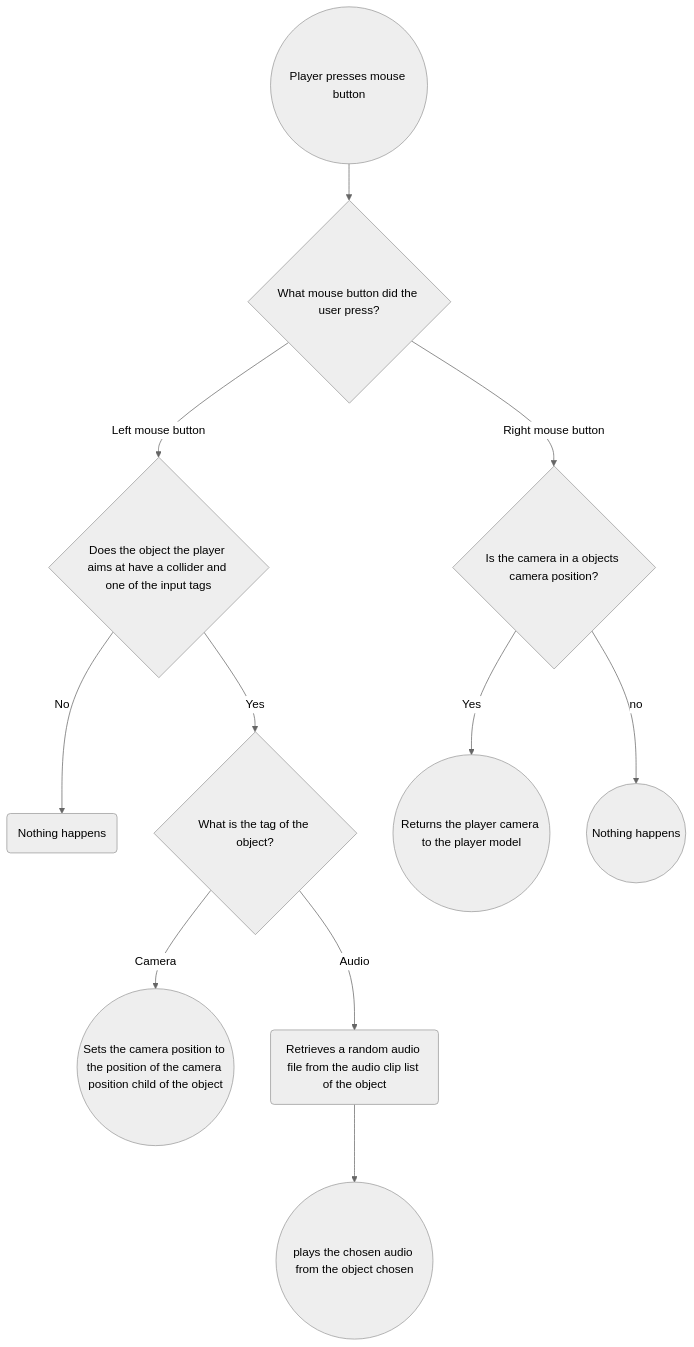
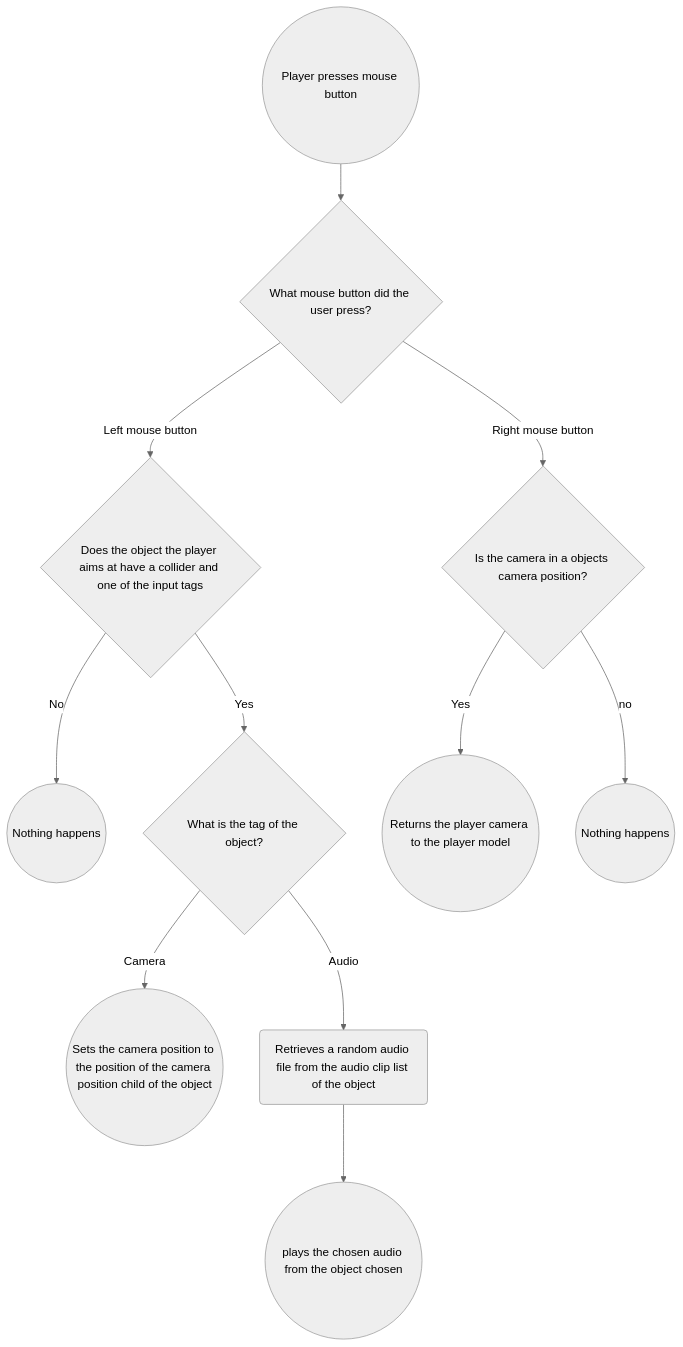
One commit to T3rabyte/Examen changed the third of 3 diagrams in README.md. Above: the diagram before and after it, drawn with Mermaid (neutral theme).

````diff
--- a/README.md
+++ b/README.md
@@ -73,13 +73,13 @@
 ```mermaid
 graph TD;
     start((Player presses mouse button)) --> buttonType{What mouse button did the user press?}
     buttonType --> |Left mouse button| check{Does the object the player aims at have a collider and one of the input tags};
-    check --> |No| nothing(Nothing happens);
+    check --> |No| nothing((Nothing happens));
     check --> |Yes| type{What is the tag of the object?};
     type --> |Camera| camera((Sets the camera position to the position of the camera position child of the object));
     type --> |Audio| audio(Retrieves a random audio file from the audio clip list of the object);
     audio --> playAudio((plays the chosen audio from the object chosen));
     buttonType --> |Right mouse button| checkInObject{Is the camera in a objects camera position?};
     checkInObject --> |Yes| returnCam((Returns the player camera to the player model));
     checkInObject --> |no| nothingCam((Nothing happens));
 ```
````
